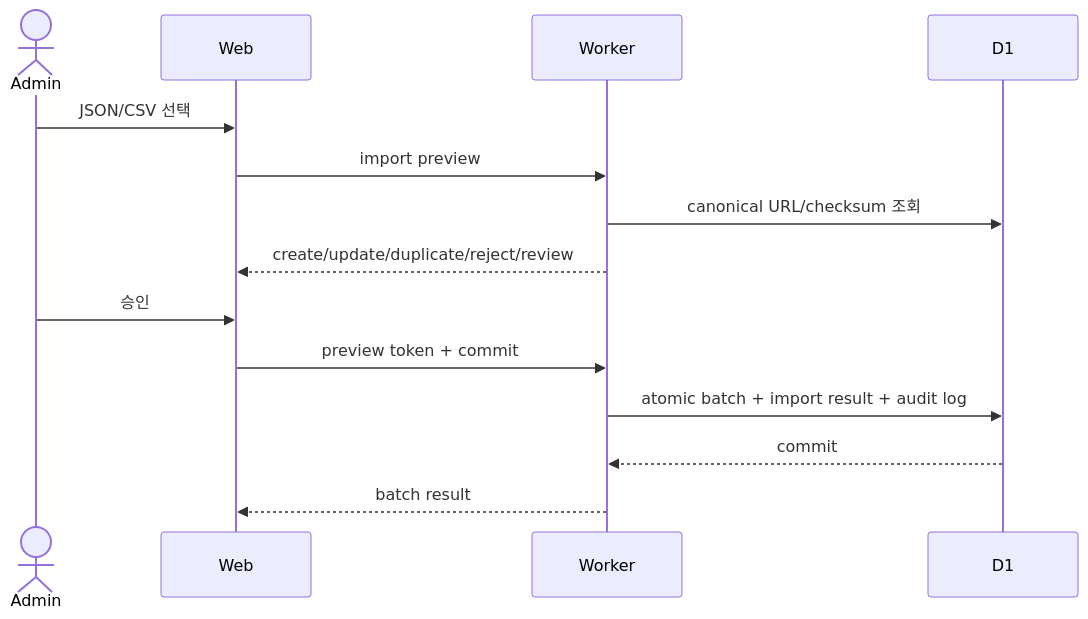
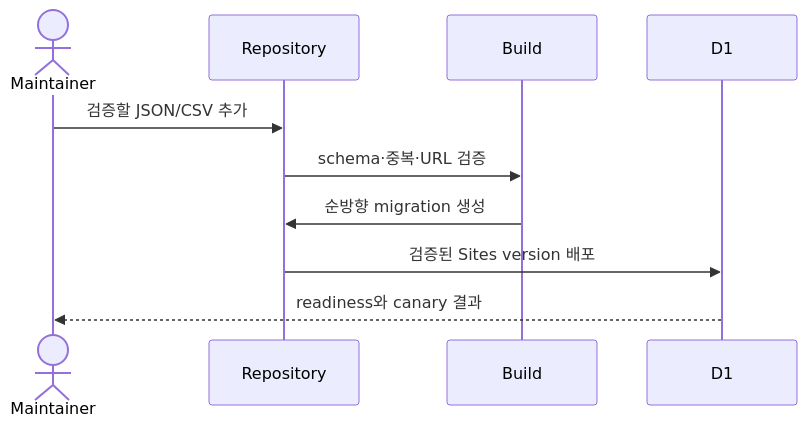
Before and after one commit to edder773/careerground: the second of 2 diagrams in docs/architecture/system-overview.md, drawn with Mermaid. The commit also changed other lines of this file and 55 other files, not shown here.

````diff
--- a/docs/architecture/system-overview.md
+++ b/docs/architecture/system-overview.md
@@ -40,16 +39,12 @@
 ```mermaid
 sequenceDiagram
-  actor Admin
-  participant Web
-  participant Worker
+  actor Maintainer
+  participant Repository
+  participant Build
   participant D1
-  Admin->>Web: JSON/CSV 선택
-  Web->>Worker: import preview
-  Worker->>D1: canonical URL/checksum 조회
-  Worker-->>Web: create/update/duplicate/reject/review
-  Admin->>Web: 승인
-  Web->>Worker: preview token + commit
-  Worker->>D1: atomic batch + import result + audit log
-  D1-->>Worker: commit
-  Worker-->>Web: batch result
+  Maintainer->>Repository: 검증할 JSON/CSV 추가
+  Repository->>Build: schema·중복·URL 검증
+  Build->>Repository: 순방향 migration 생성
+  Repository->>D1: 검증된 Sites version 배포
+  D1-->>Maintainer: readiness와 canary 결과
 ```
````
